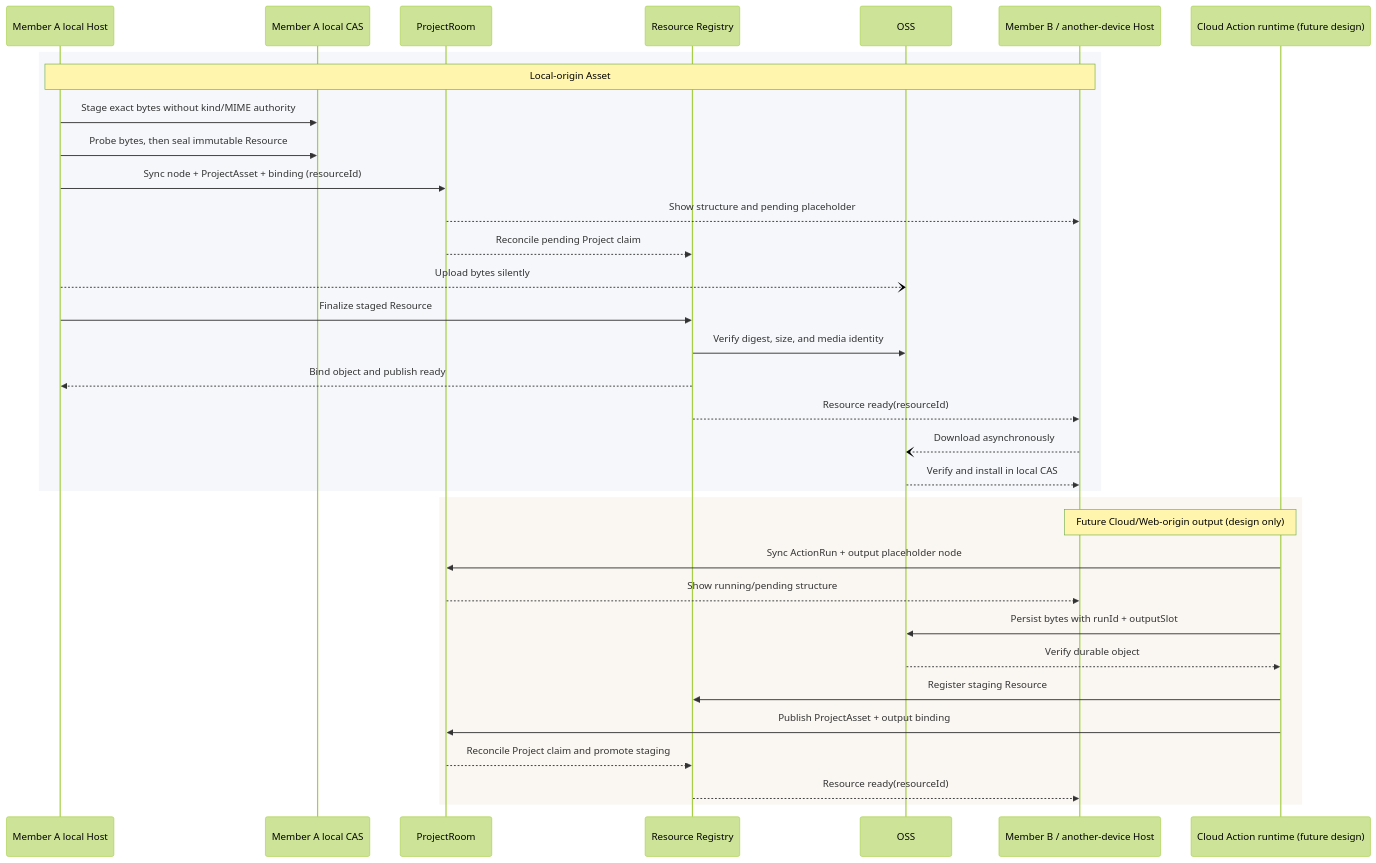
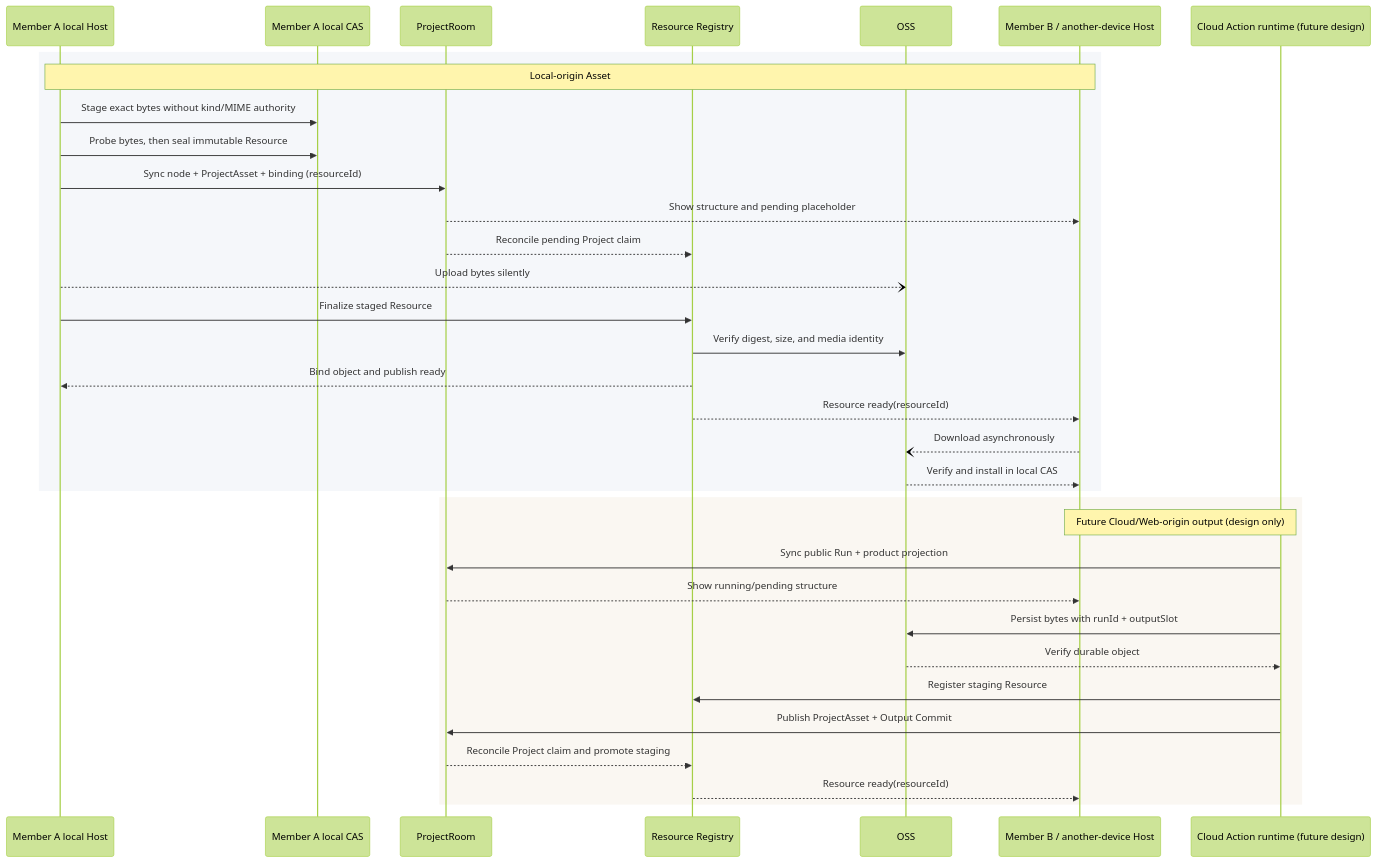
One commit to clash-space/clash changed the fourth of 7 diagrams in apps/docs/guide/asset-system.md. Above: the diagram before and after it, drawn with Mermaid (forest theme). The commit also changed other lines of this file and 397 other files, not shown here.

````diff
--- a/apps/docs/guide/asset-system.md
+++ b/apps/docs/guide/asset-system.md
@@ -179,38 +186,38 @@
 ```mermaid
 sequenceDiagram
   participant LA as Member A local Host
   participant LC as Member A local CAS
   participant P as ProjectRoom
   participant R as Resource Registry
   participant O as OSS
   participant RH as Member B / another-device Host
   participant C as Cloud Action runtime (future design)
 
   rect rgb(245, 247, 250)
     Note over LA,RH: Local-origin Asset
     LA->>LC: Stage exact bytes without kind/MIME authority
     LA->>LC: Probe bytes, then seal immutable Resource
     LA->>P: Sync node + ProjectAsset + binding (resourceId)
     P-->>RH: Show structure and pending placeholder
     P-->>R: Reconcile pending Project claim
     LA--)O: Upload bytes silently
     LA->>R: Finalize staged Resource
     R->>O: Verify digest, size, and media identity
     R-->>LA: Bind object and publish ready
     R-->>RH: Resource ready(resourceId)
     RH--)O: Download asynchronously
     O-->>RH: Verify and install in local CAS
   end
 
   rect rgb(250, 247, 242)
     Note over C,RH: Future Cloud/Web-origin output (design only)
-    C->>P: Sync ActionRun + output placeholder node
+    C->>P: Sync public Run + product projection
     P-->>RH: Show running/pending structure
     C->>O: Persist bytes with runId + outputSlot
     O-->>C: Verify durable object
     C->>R: Register staging Resource
-    C->>P: Publish ProjectAsset + output binding
+    C->>P: Publish ProjectAsset + Output Commit
     P-->>R: Reconcile Project claim and promote staging
     R-->>RH: Resource ready(resourceId)
   end
 ```
````
